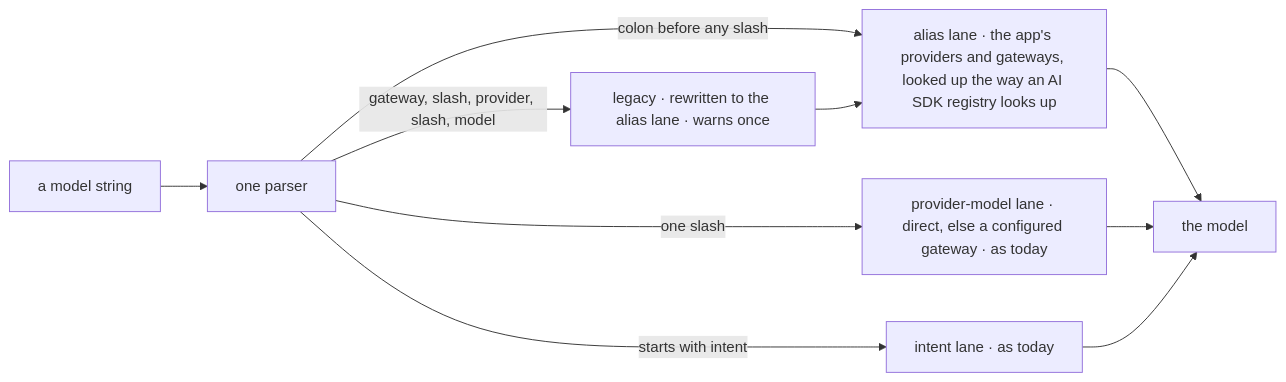
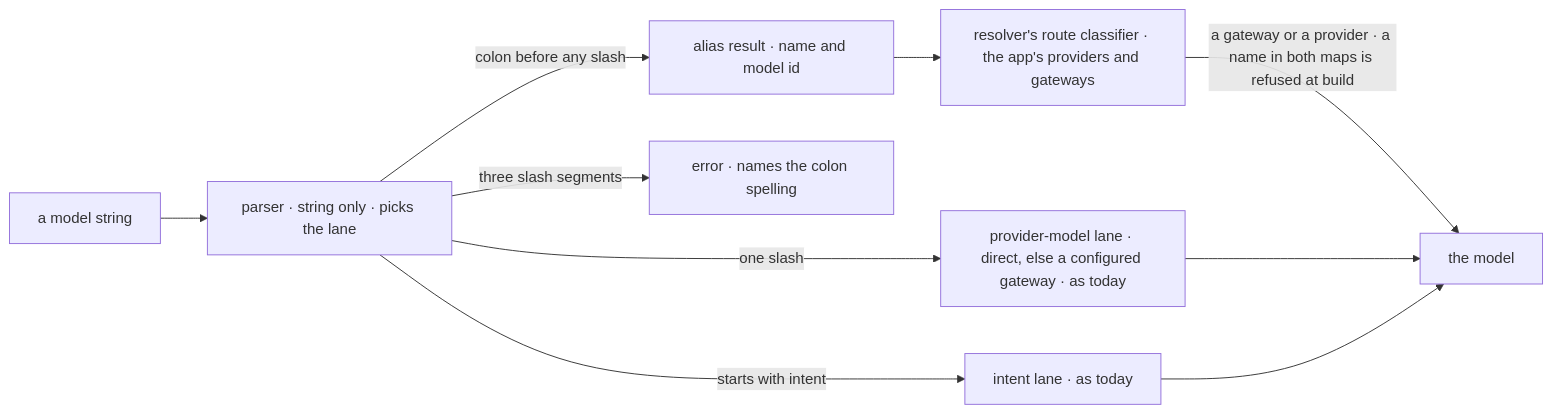
One commit to fixpoint-labs/flow-state-dev changed the second of 2 diagrams in specs/issues/FIX-1495/SPEC.md. Above: the diagram before and after it, drawn with Mermaid. The commit also changed other lines of this file and 4 other files, not shown here.

````diff
--- a/specs/issues/FIX-1495/SPEC.md
+++ b/specs/issues/FIX-1495/SPEC.md
@@ -87,12 +88,12 @@
 ```mermaid
 flowchart LR
-  M["a model string"] --> P["one parser"]
-  P -->|"colon before any slash"| A["alias lane · the app's providers and gateways, looked up the way an AI SDK registry looks up"]
+  M["a model string"] --> P["parser · string only · picks the lane"]
+  P -->|"colon before any slash"| A["alias result · name and model id"]
+  P -->|"three slash segments"| L["error · names the colon spelling"]
   P -->|"one slash"| D["provider-model lane · direct, else a configured gateway · as today"]
   P -->|"starts with intent"| I["intent lane · as today"]
-  P -->|"gateway, slash, provider, slash, model"| L["legacy · rewritten to the alias lane · warns once"]
-  A --> G["the model"]
+  A --> C["resolver's route classifier · the app's providers and gateways"]
+  C -->|"a gateway or a provider · a name in both maps is refused at build"| G["the model"]
   D --> G
   I --> G
-  L --> A
 ```
````
